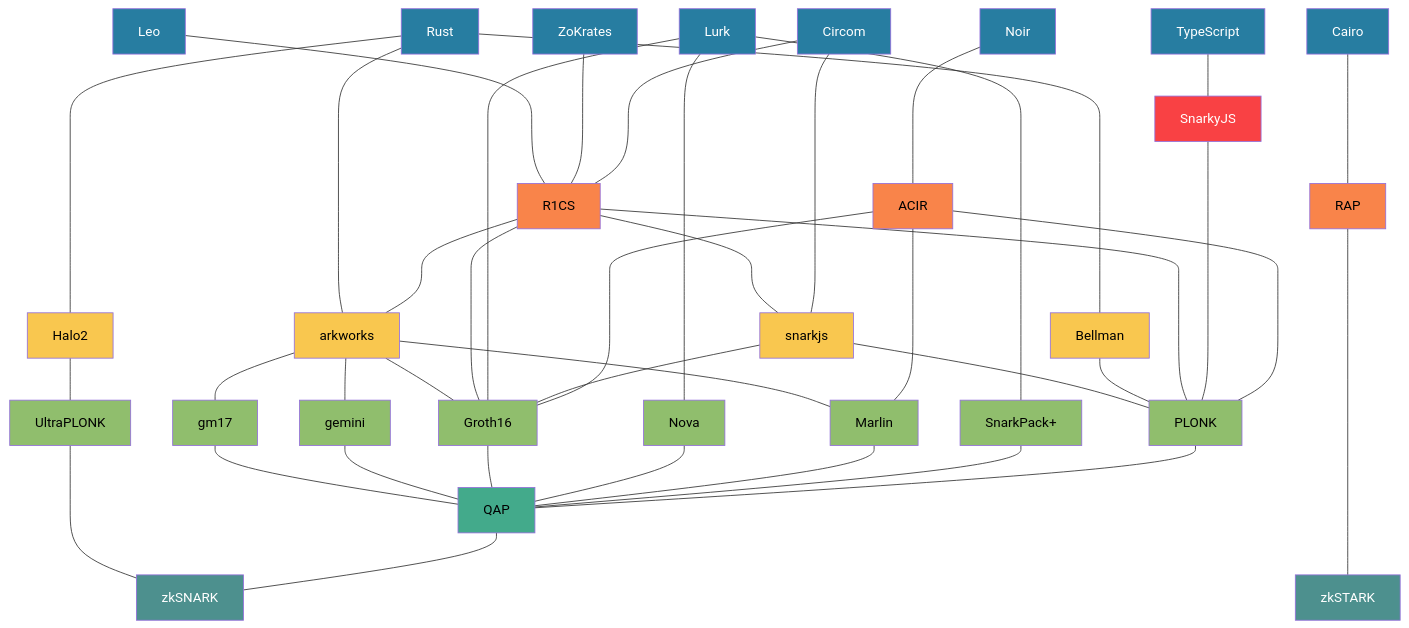
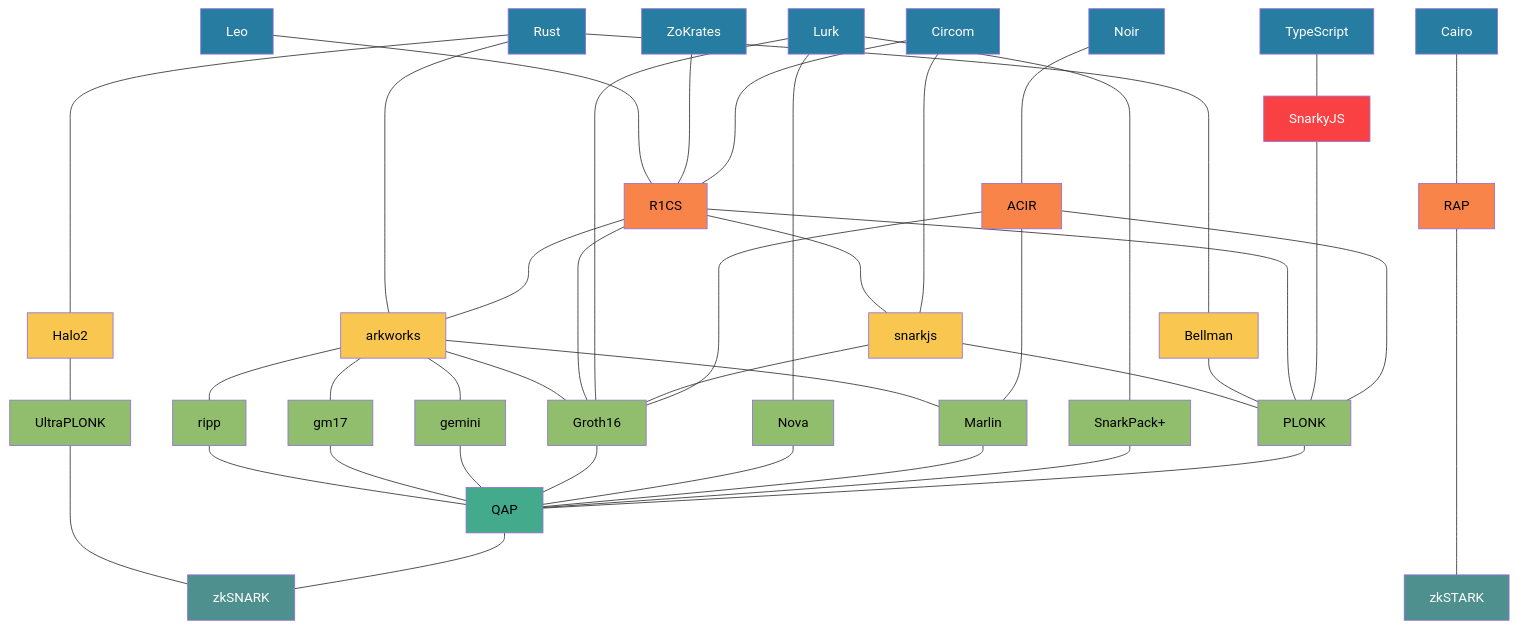
Before and after one commit to alxkzmn/zk-atlas: the first of 2 diagrams in README.md, drawn with Mermaid.

Commit message:
Add ripp

````diff
--- a/README.md
+++ b/README.md
@@ -21,8 +21,10 @@
     SnarkyJS ------ PLONK
     Circom ----- snarkjs 
     arkworks --- Marlin
+    arkworks --- ripp
     arkworks --- gm17
     arkworks --- gemini
+    ripp --- QAP
     gm17 --- QAP
     gemini --- QAP
     Groth16 --- QAP
@@ -59,7 +61,7 @@
     class Circom,ZoKrates,Leo,Noir,Cairo,Lurk,Rust,TypeScript lang
     class R1CS,ACIR,RAP intermediate
     class snarkjs,Bellman,Halo2,arkworks lib
-    class Groth16,PLONK,Marlin,SnarkPack,Nova,UltraPLONK,gm17,gemini provingSystem
+    class Groth16,PLONK,Marlin,SnarkPack,Nova,UltraPLONK,gm17,gemini,ripp provingSystem
     class QAP algForm
     class zkSNARK,zkSTARK tech
     
@@ -86,4 +88,5 @@
     click arkworks href "https://github.com/arkworks-rs/"
     click gm17 href "https://github.com/arkworks-rs/gm17"
     click gemini href "https://github.com/arkworks-rs/gemini"
+    click ripp href "https://github.com/arkworks-rs/ripp"
 ```
````
